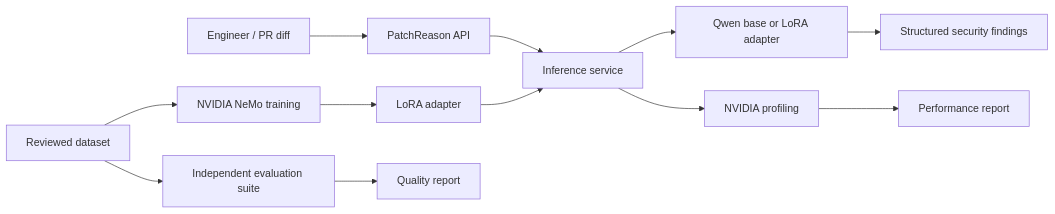
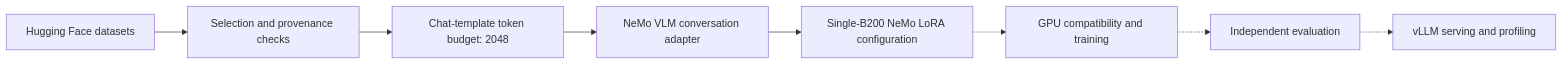
One commit to smrivero/PatchReason changed the second of 2 diagrams in README.md. Above: the diagram before and after it, drawn with Mermaid. The commit also changed other lines of this file, not shown here.

Commit message:
Present PatchReason NVIDIA B200 architecture and datasets

````diff
--- a/README.md
+++ b/README.md
@@ -41,14 +53,10 @@
 ```mermaid
 flowchart LR
-    U[Engineer / PR diff] --> API[PatchReason API]
-    API --> INF[Inference service]
-    INF --> M[Qwen base or LoRA adapter]
-    M --> R[Structured security findings]
-    D[Reviewed dataset] --> N[NVIDIA NeMo training]
-    N --> A[LoRA adapter]
-    A --> INF
-    D --> E[Independent evaluation suite]
-    E --> Q[Quality report]
-    INF --> P[NVIDIA profiling]
-    P --> B[Performance report]
+    A[Hugging Face datasets] --> B[Selection and provenance checks]
+    B --> C[Chat-template token budget: 2048]
+    C --> D[NeMo VLM conversation adapter]
+    D --> E[Single-B200 NeMo LoRA configuration]
+    E -.-> F[GPU compatibility and training]
+    F -.-> G[Independent evaluation]
+    G -.-> H[vLLM serving and profiling]
 ```
````
